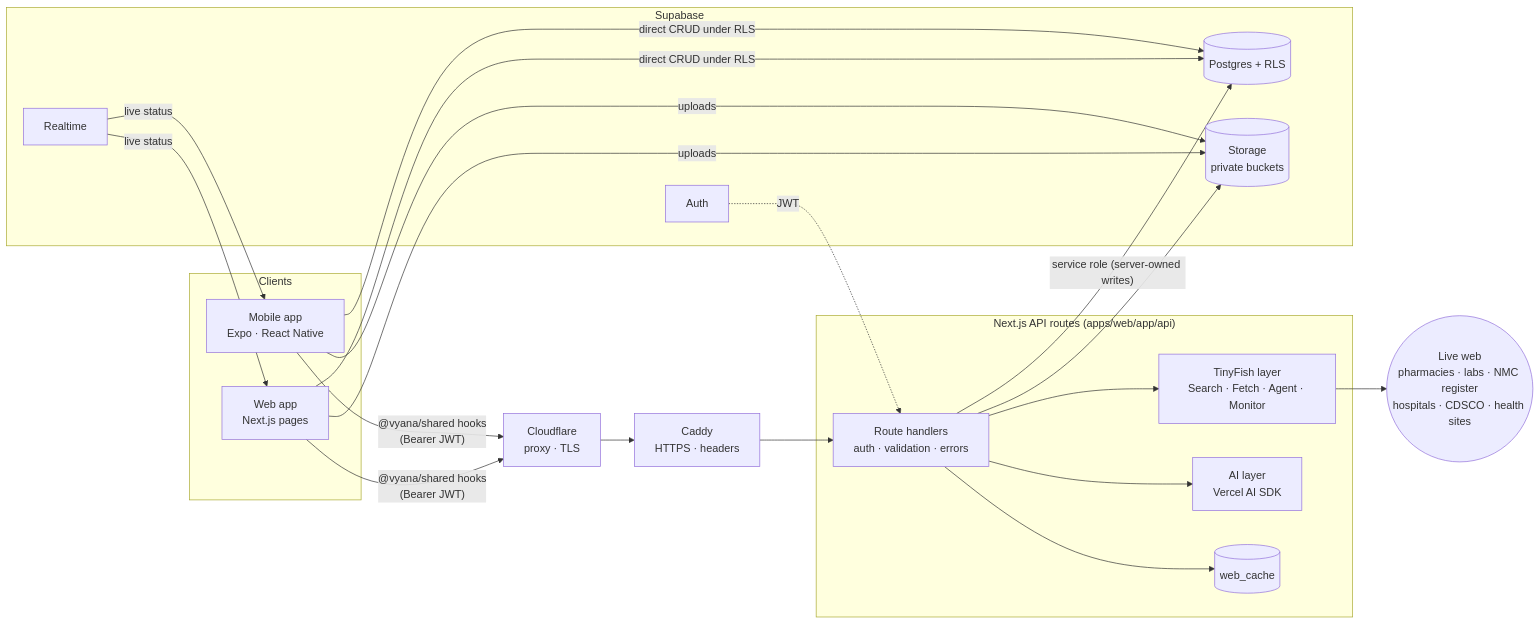
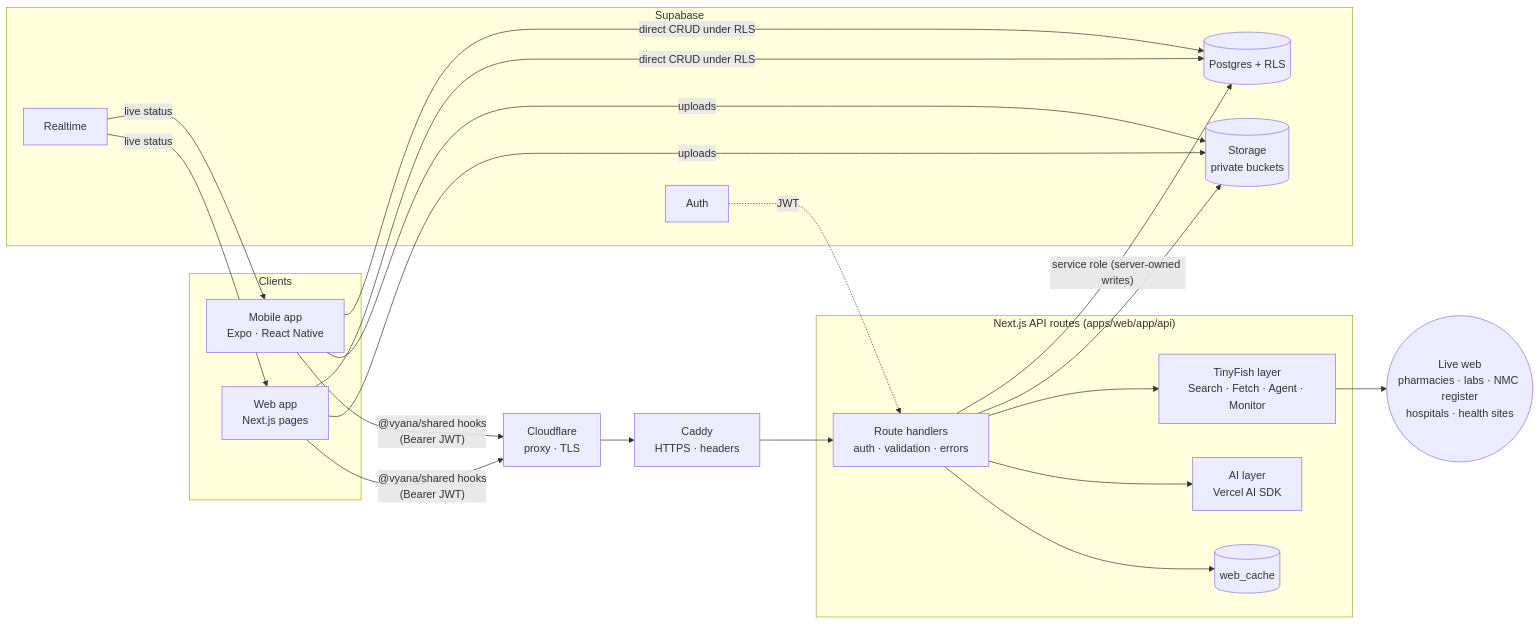
Before and after one commit to AlicanAkyol/vyana: the first of 2 diagrams in ARCHITECTURE.md, drawn with Mermaid. The commit also changed other lines of this file and 46 other files, not shown here.

````diff
--- a/ARCHITECTURE.md
+++ b/ARCHITECTURE.md
@@ -5,33 +5,33 @@
 ```mermaid
 flowchart LR
   subgraph Clients
     M["Mobile app<br/>Expo · React Native"]
     W["Web app<br/>Next.js pages"]
   end
   CF["Cloudflare<br/>proxy · TLS"]
   CD["Caddy<br/>HTTPS · headers"]
   subgraph Server["Next.js API routes (apps/web/app/api)"]
     API["Route handlers<br/>auth · validation · errors"]
     TF["TinyFish layer<br/>Search · Fetch · Agent · Monitor"]
     AI["AI layer<br/>Vercel AI SDK"]
     C[("web_cache")]
   end
   subgraph Supabase
     DB[("Postgres + RLS")]
     ST[("Storage<br/>private buckets")]
     RT["Realtime"]
     AU["Auth"]
   end
-  WEB(("Live web<br/>pharmacies · labs · NMC register<br/>hospitals · CDSCO · health sites"))
+  WEB(("Live web<br/>pharmacies · labs · NMC register<br/>hospitals · health sites"))
 
   M & W -- "@vyana/shared hooks<br/>(Bearer JWT)" --> CF --> CD --> API
   M & W -- "direct CRUD under RLS" --> DB
   M & W -- "uploads" --> ST
   RT -- "live status" --> M & W
   API --> TF --> WEB
   API --> AI
   API --> C
   API -- "service role (server-owned writes)" --> DB
   API --> ST
   AU -.->|JWT| API
 ```
````
